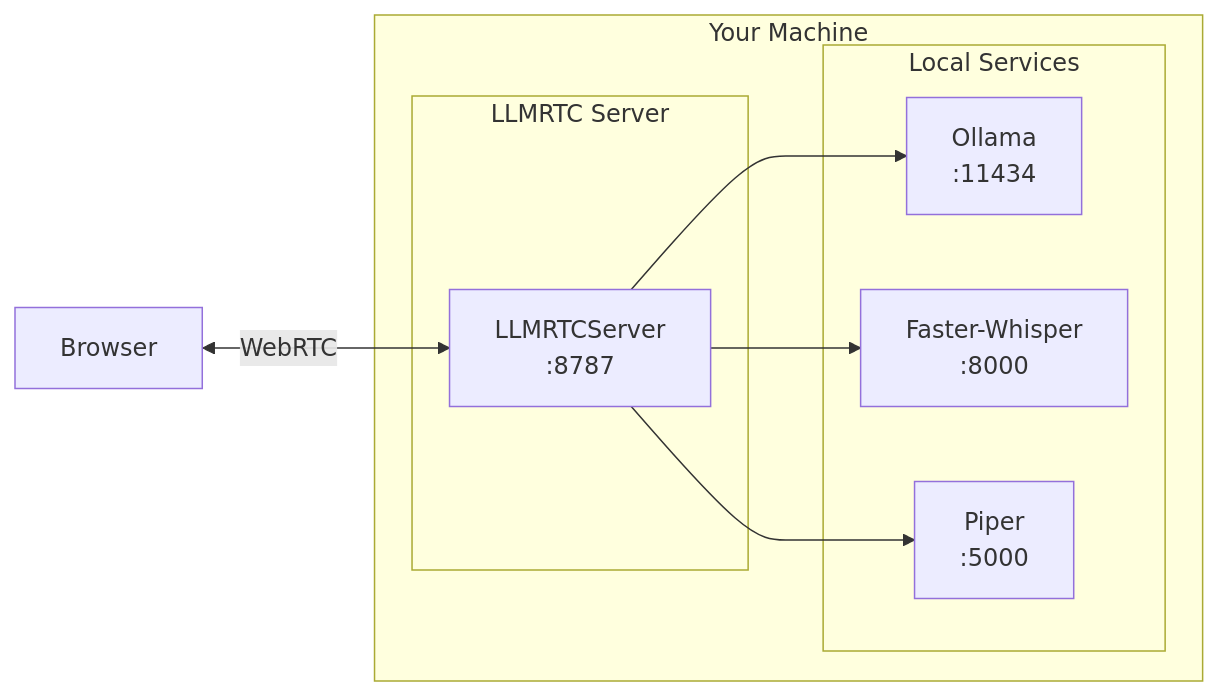
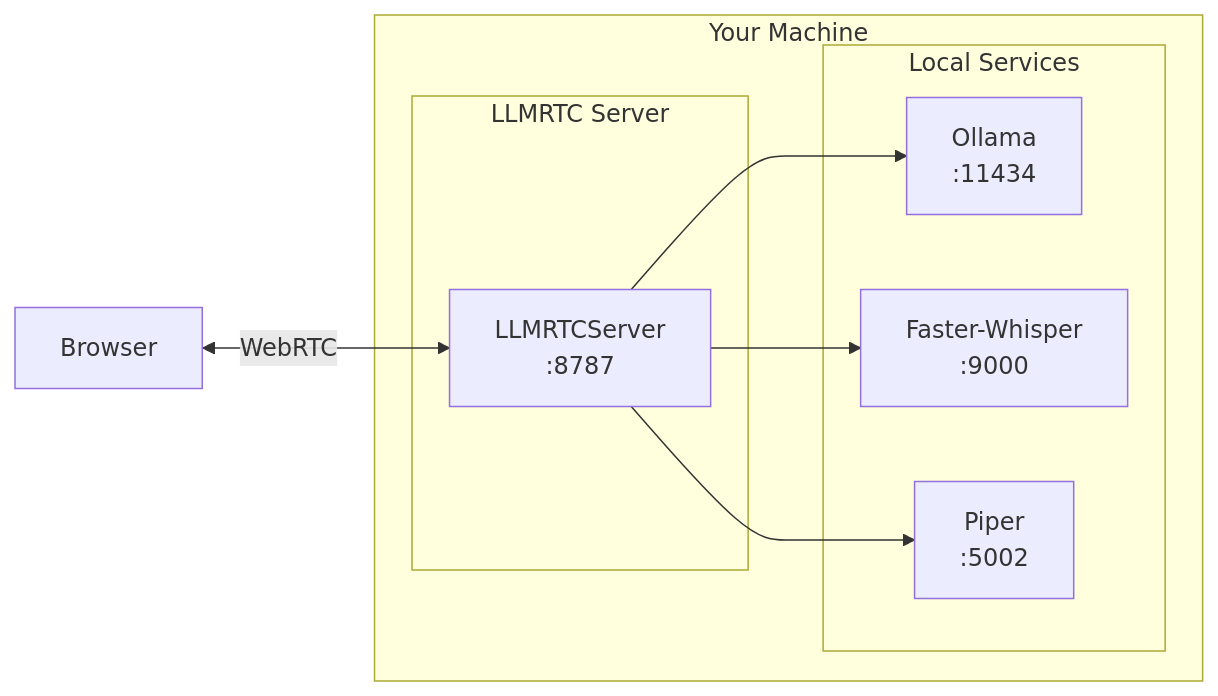
Before and after one commit to llmrtc/llmrtc: the diagram in docs/docs/getting-started/local-only-stack.md, drawn with Mermaid. The commit also changed 24 other files, not shown here.

````diff
--- a/docs/docs/getting-started/local-only-stack.md
+++ b/docs/docs/getting-started/local-only-stack.md
@@ -11,20 +11,20 @@
 ```mermaid
 flowchart LR
     subgraph "Your Machine"
         subgraph "LLMRTC Server"
             SERVER[LLMRTCServer<br/>:8787]
         end
 
         subgraph "Local Services"
             OLLAMA[Ollama<br/>:11434]
-            WHISPER[Faster-Whisper<br/>:8000]
-            PIPER[Piper<br/>:5000]
+            WHISPER[Faster-Whisper<br/>:9000]
+            PIPER[Piper<br/>:5002]
         end
 
         SERVER --> OLLAMA
         SERVER --> WHISPER
         SERVER --> PIPER
     end
 
     BROWSER[Browser] <-->|WebRTC| SERVER
 ```
````
